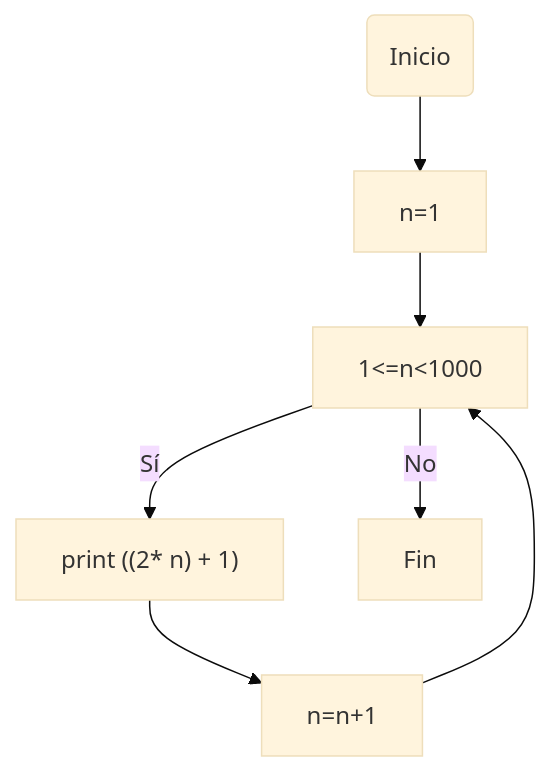
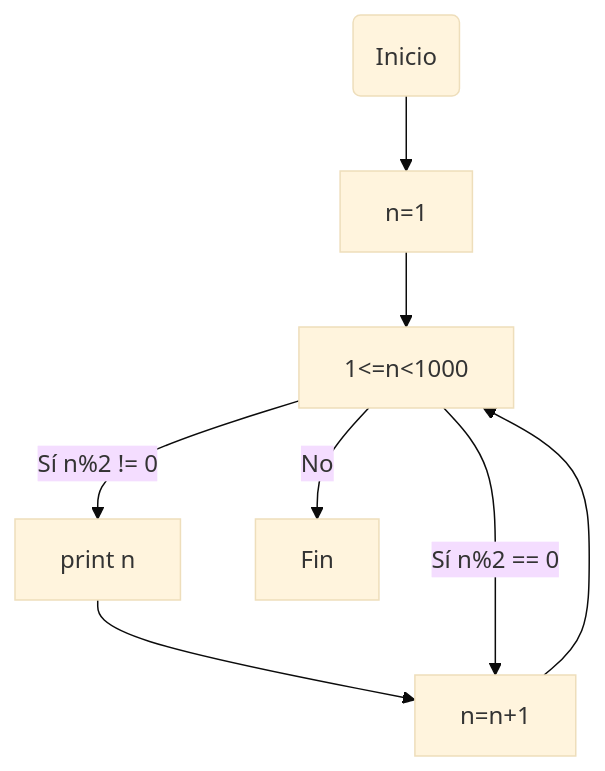
Before and after one commit to Matrodri18/Reto-6: the second of 4 diagrams in README.md, drawn with Mermaid (base theme).

````diff
--- a/README.md
+++ b/README.md
@@ -16,9 +16,10 @@
 ```mermaid
 flowchart TD
     A(Inicio) --> B[n=1]
     B --> C[1<=n<1000]
-    C --> |Sí|D["print ((2* n) + 1)"]
+    C --> |Sí n%2 != 0|D["print n"]
     D --> E["n=n+1"]
     E --> C
+    C --> |Sí n%2 == 0|E 
     C --> |No|F[Fin]
 ```
````
